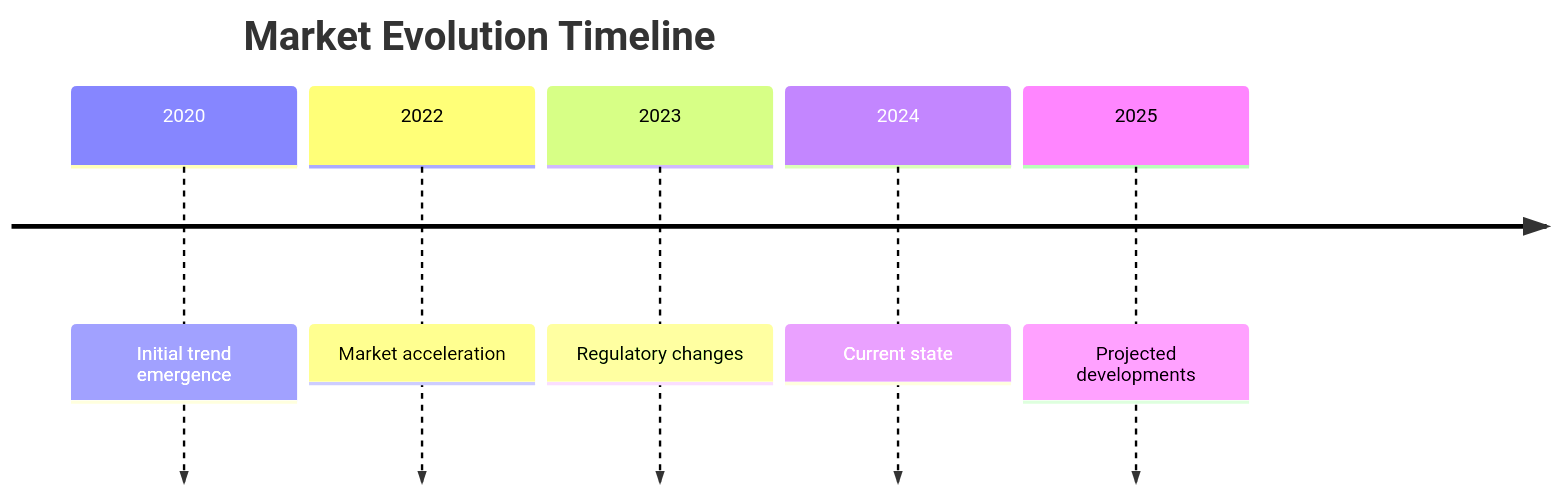
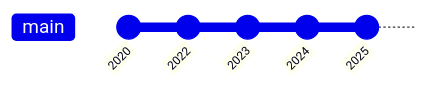
The second of 2 diagrams in Module 0_ Research Phase.md (fenago/VibeBusinessPlanning), drawn with Mermaid before and after one commit. The commit also changed other lines of this file, not shown here.

Commit message:
Update Module 0 with enhanced styling and GitHub-compatible formatting

````diff
--- a/Module 0_ Research Phase.md
+++ b/Module 0_ Research Phase.md
@@ -83,9 +85,8 @@
 ```mermaid
-timeline
-    title Market Evolution Timeline
-    2020 : Initial trend emergence
-    2022 : Market acceleration
-    2023 : Regulatory changes
-    2024 : Current state
-    2025 : Projected developments
+gitGraph
+    commit id: "2020"
+    commit id: "2022"
+    commit id: "2023"
+    commit id: "2024"
+    commit id: "2025"
 ```
````
